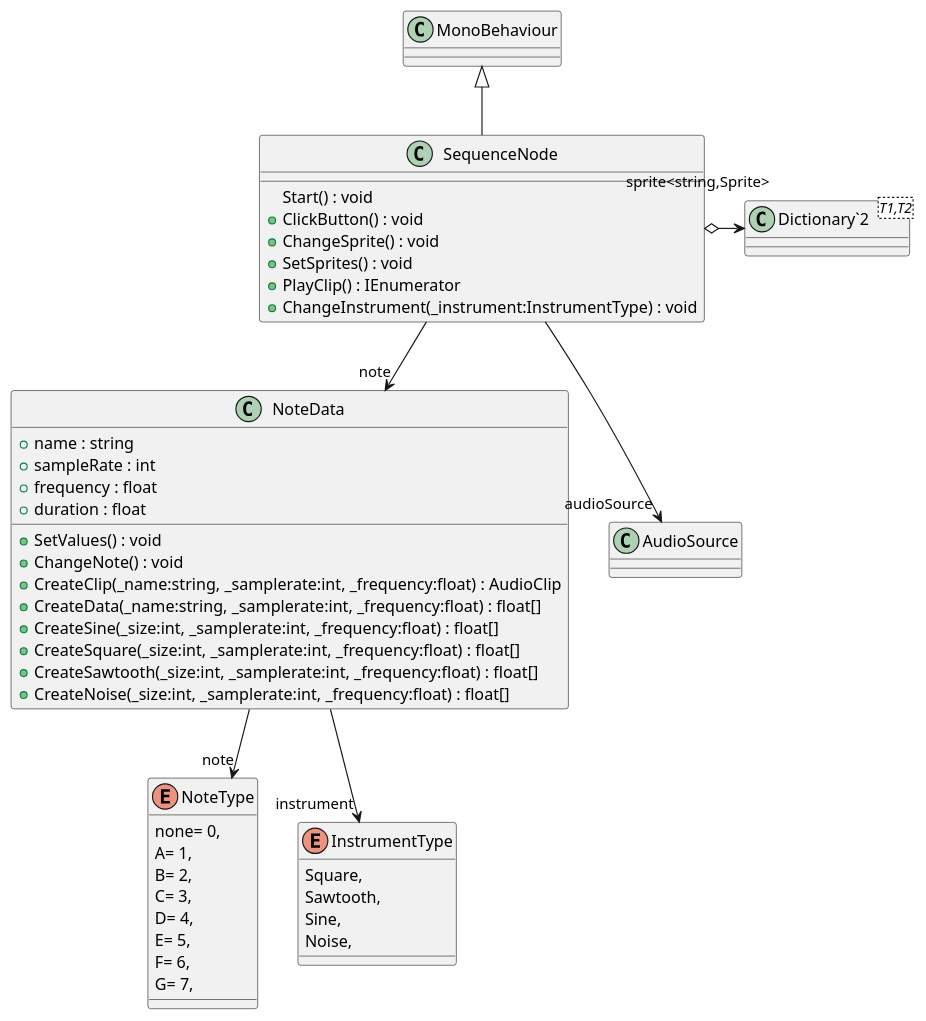
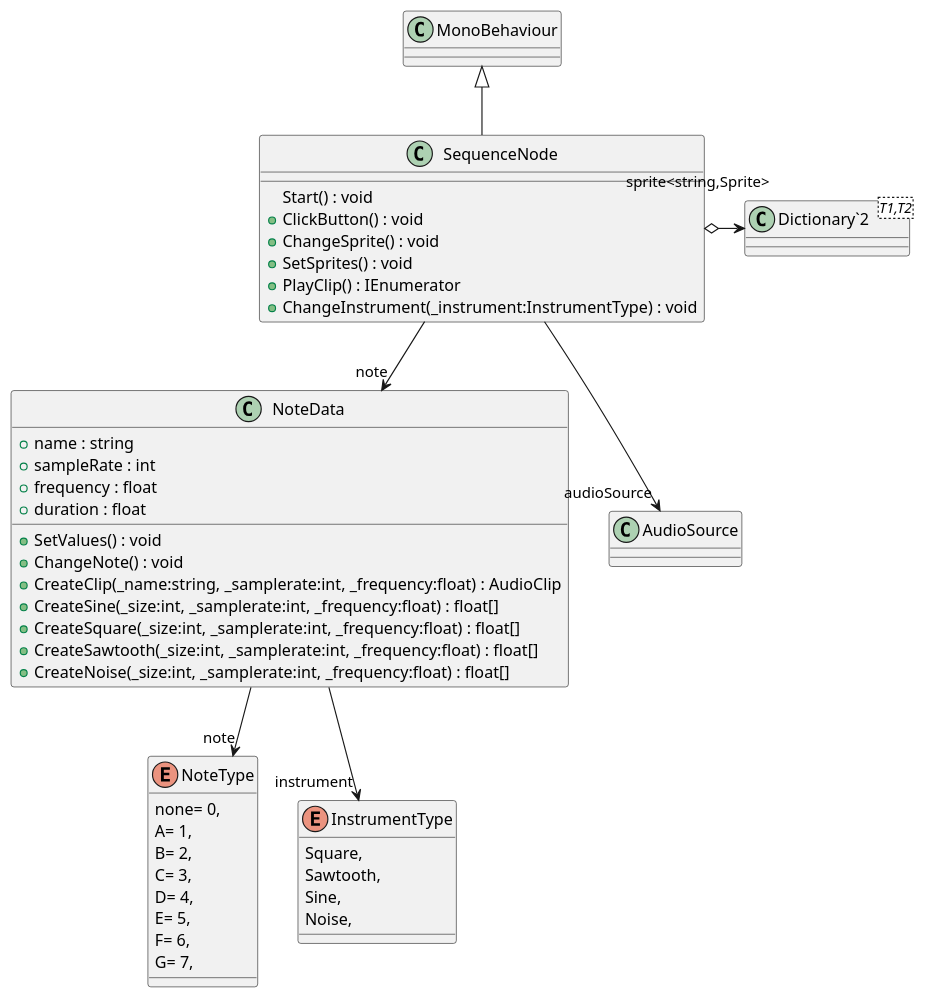
Before and after one commit to Emanuelsoniax/AudioSequencer: the diagram in UML/SequenceNode.puml, drawn with PlantUML. The commit also changed 9 other files, not shown here.

Commit message:
Generate UML (Generate UML)

```diff
--- a/UML/SequenceNode.puml
+++ b/UML/SequenceNode.puml
@@ -1,48 +1,47 @@
 @startuml
 class SequenceNode {
     Start() : void
     + ClickButton() : void
     + ChangeSprite() : void
     + SetSprites() : void
     + PlayClip() : IEnumerator
     + ChangeInstrument(_instrument:InstrumentType) : void
 }
 enum NoteType {
     none= 0,
     A= 1,
     B= 2,
     C= 3,
     D= 4,
     E= 5,
     F= 6,
     G= 7,
 }
 enum InstrumentType {
     Square,
     Sawtooth,
     Sine,
     Noise,
 }
 class NoteData {
     + name : string
     + sampleRate : int
     + frequency : float
     + duration : float
     + SetValues() : void
     + ChangeNote() : void
     + CreateClip(_name:string, _samplerate:int, _frequency:float) : AudioClip
-    + CreateData(_name:string, _samplerate:int, _frequency:float) : float[]
     + CreateSine(_size:int, _samplerate:int, _frequency:float) : float[]
     + CreateSquare(_size:int, _samplerate:int, _frequency:float) : float[]
     + CreateSawtooth(_size:int, _samplerate:int, _frequency:float) : float[]
     + CreateNoise(_size:int, _samplerate:int, _frequency:float) : float[]
 }
 class "Dictionary`2"<T1,T2> {
 }
 MonoBehaviour <|-- SequenceNode
 SequenceNode --> "note" NoteData
 SequenceNode --> "audioSource" AudioSource
 SequenceNode o-> "sprite<string,Sprite>" "Dictionary`2"
 NoteData --> "note" NoteType
 NoteData --> "instrument" InstrumentType
 @enduml
```
